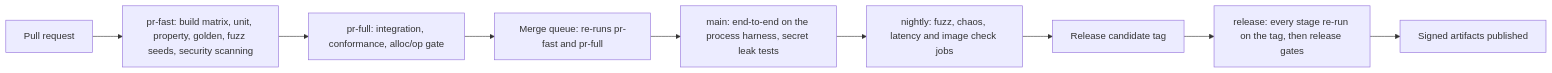
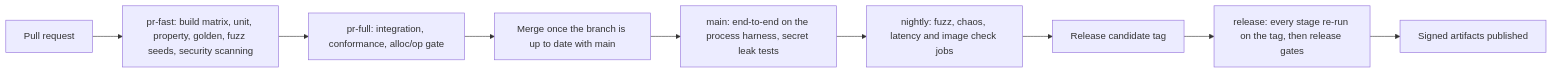
One commit to ravindu-rev/ruralz changed the first of 2 diagrams in docs/engineering/03-testing-and-quality-strategy.md. Above: the diagram before and after it, drawn with Mermaid. The commit also changed other lines of this file and 2 other files, not shown here.

Commit message:
docs: require up-to-date branches instead of a merge queue
GitHub offers merge queues only on organization-owned repositories, and
ravindu-rev is a personal account. A pull request now merges once its
branch is up to date with main, so pr-fast and pr-full ran on the
combined change. The merge_group triggers stay in the workflows and
never fire.

````diff
--- a/docs/engineering/03-testing-and-quality-strategy.md
+++ b/docs/engineering/03-testing-and-quality-strategy.md
@@ -52,11 +52,11 @@
 ```mermaid
 flowchart LR
     pr["Pull request"] --> fast["pr-fast: build matrix, unit, property, golden, fuzz seeds, security scanning"]
     fast --> full["pr-full: integration, conformance, alloc/op gate"]
-    full --> mq["Merge queue: re-runs pr-fast and pr-full"]
-    mq --> main["main: end-to-end on the process harness, secret leak tests"]
+    full --> up["Merge once the branch is up to date with main"]
+    up --> main["main: end-to-end on the process harness, secret leak tests"]
     main --> nightly["nightly: fuzz, chaos, latency and image check jobs"]
     nightly --> rc["Release candidate tag"]
     rc --> rel["release: every stage re-run on the tag, then release gates"]
     rel --> pub["Signed artifacts published"]
 ```
````
